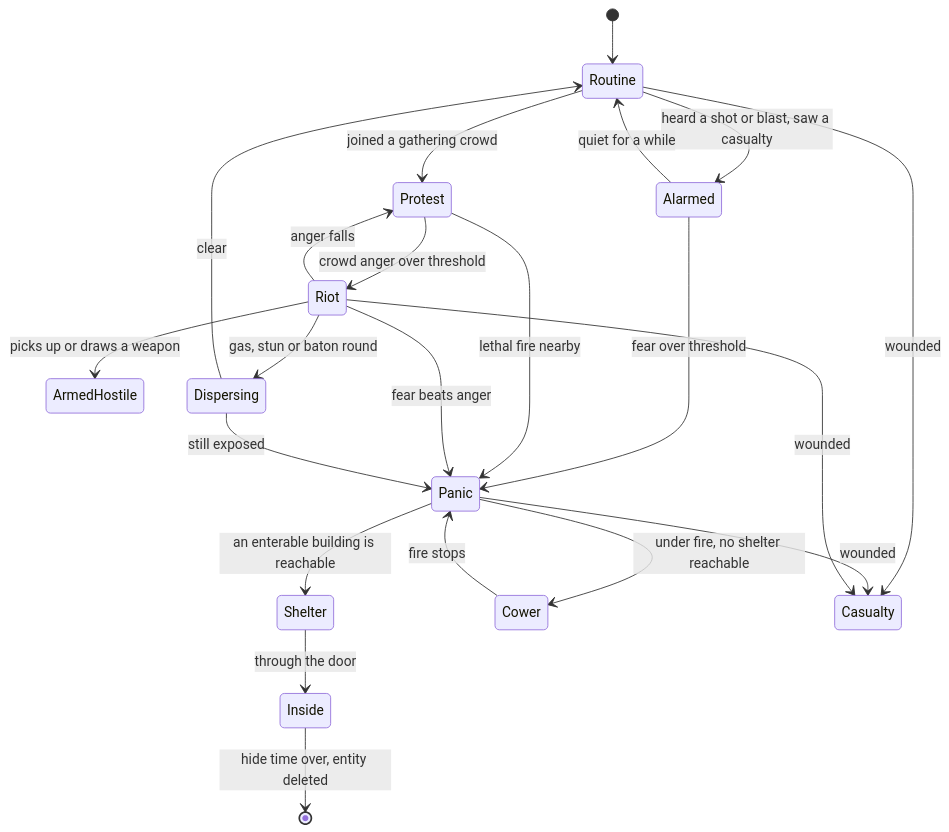
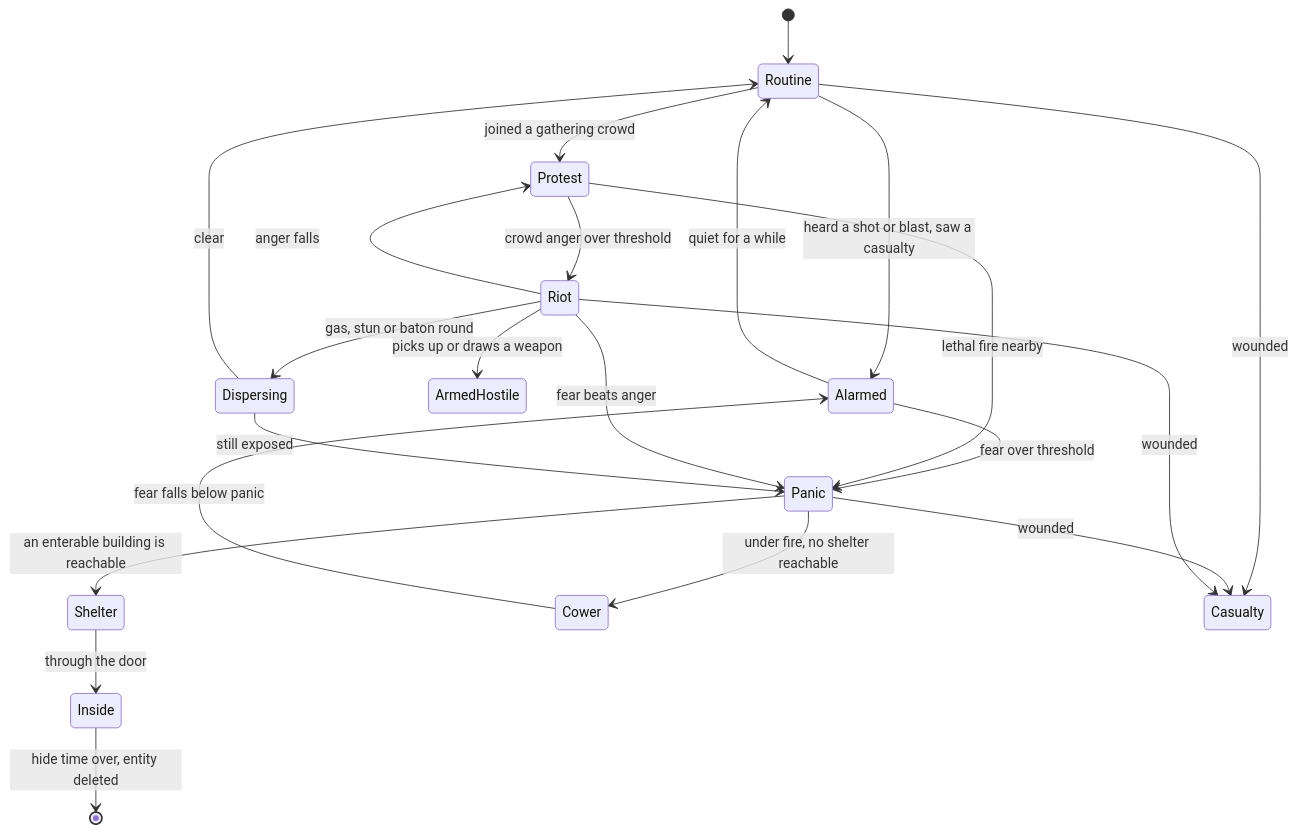
The second of 24 diagrams in docs/DESIGN_Civilians_And_Crowd_Control.md (pjanec/HROT), drawn with Mermaid before and after one commit. The commit also changed other lines of this file and 15 other files, not shown here.

````diff
--- a/docs/DESIGN_Civilians_And_Crowd_Control.md
+++ b/docs/DESIGN_Civilians_And_Crowd_Control.md
@@ -180,24 +180,24 @@
 ```mermaid
 stateDiagram-v2
   [*] --> Routine
   Routine --> Alarmed : heard a shot or blast, saw a casualty
   Alarmed --> Routine : quiet for a while
   Alarmed --> Panic : fear over threshold
   Routine --> Protest : joined a gathering crowd
   Protest --> Riot : crowd anger over threshold
   Riot --> Protest : anger falls
   Riot --> ArmedHostile : picks up or draws a weapon
   Protest --> Panic : lethal fire nearby
   Riot --> Panic : fear beats anger
   Panic --> Shelter : an enterable building is reachable
   Panic --> Cower : under fire, no shelter reachable
-  Cower --> Panic : fire stops
+  Cower --> Alarmed : fear falls below panic
   Shelter --> Inside : through the door
   Inside --> [*] : hide time over, entity deleted
   Routine --> Casualty : wounded
   Panic --> Casualty : wounded
   Riot --> Casualty : wounded
   Riot --> Dispersing : gas, stun or baton round
   Dispersing --> Panic : still exposed
   Dispersing --> Routine : clear
 ```
````
